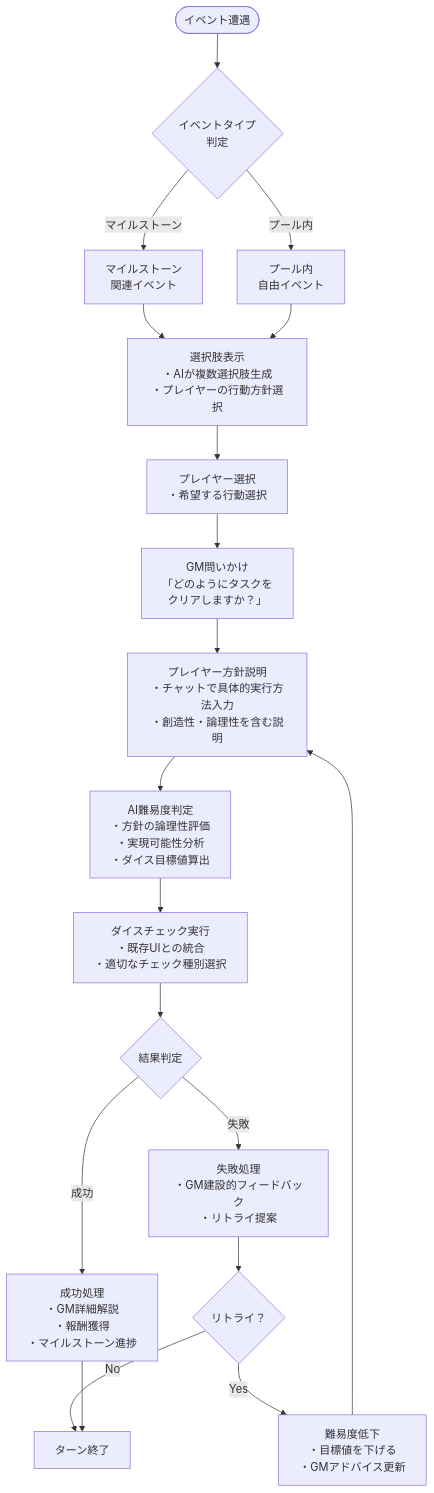
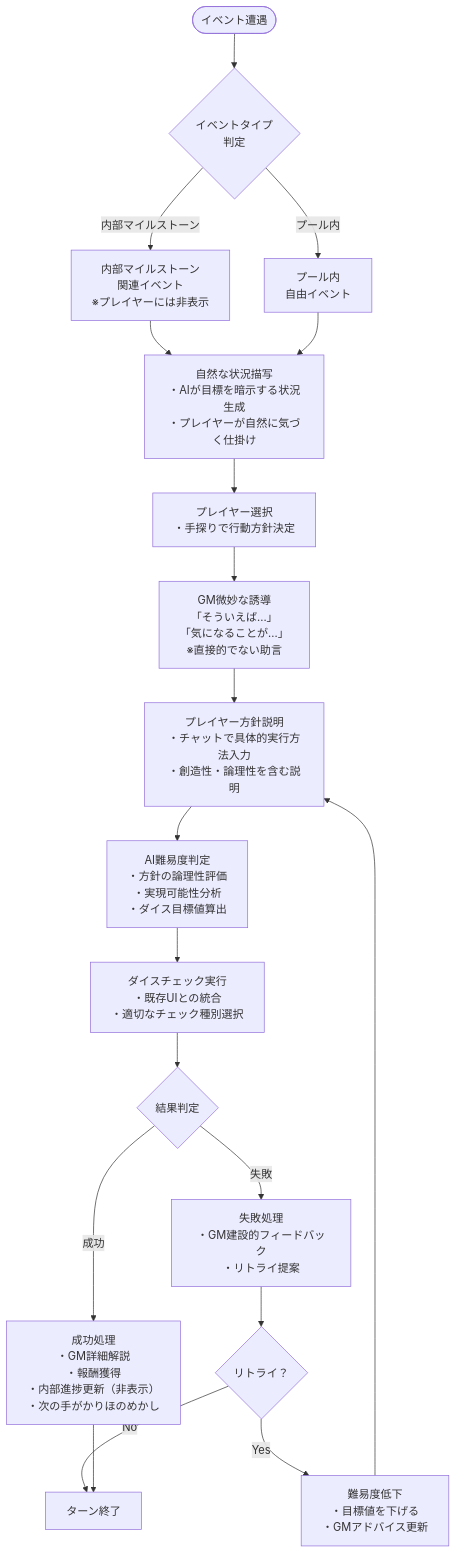
Before and after one commit to nobuyuki-ootake/AIAgentTRPGGM2: the fifth of 7 diagrams in docs/機能要件定義/TRPGセッション_フロー.md, drawn with Mermaid. The commit also changed other lines of this file and 11 other files, not shown here.

````diff
--- a/docs/機能要件定義/TRPGセッション_フロー.md
+++ b/docs/機能要件定義/TRPGセッション_フロー.md
@@ -365,32 +510,32 @@
 ```mermaid
 flowchart TD
     EventEncounter([イベント遭遇]) --> EventType{イベントタイプ<br/>判定}
     
-    EventType -->|マイルストーン| MilestoneEvent[マイルストーン<br/>関連イベント]
+    EventType -->|内部マイルストーン| HiddenMilestoneEvent[内部マイルストーン<br/>関連イベント<br/>※プレイヤーには非表示]
     EventType -->|プール内| PoolEvent[プール内<br/>自由イベント]
     
-    MilestoneEvent --> ChoicePresentation[選択肢表示<br/>・AIが複数選択肢生成<br/>・プレイヤーの行動方針選択]
-    PoolEvent --> ChoicePresentation
+    HiddenMilestoneEvent --> NaturalPresentation[自然な状況描写<br/>・AIが目標を暗示する状況生成<br/>・プレイヤーが自然に気づく仕掛け]
+    PoolEvent --> NaturalPresentation
     
-    ChoicePresentation --> PlayerChoice[プレイヤー選択<br/>・希望する行動選択]
+    NaturalPresentation --> PlayerChoice[プレイヤー選択<br/>・手探りで行動方針決定]
     
-    PlayerChoice --> GMQuestion[GM問いかけ<br/>「どのようにタスクを<br/>クリアしますか？」]
+    PlayerChoice --> GMSubtleGuide[GM微妙な誘導<br/>「そういえば...」<br/>「気になることが...」<br/>※直接的でない助言]
     
-    GMQuestion --> PlayerExplanation[プレイヤー方針説明<br/>・チャットで具体的実行方法入力<br/>・創造性・論理性を含む説明]
+    GMSubtleGuide --> PlayerExplanation[プレイヤー方針説明<br/>・チャットで具体的実行方法入力<br/>・創造性・論理性を含む説明]
     
     PlayerExplanation --> AIDifficulty[AI難易度判定<br/>・方針の論理性評価<br/>・実現可能性分析<br/>・ダイス目標値算出]
     
     AIDifficulty --> DiceCheck[ダイスチェック実行<br/>・既存UIとの統合<br/>・適切なチェック種別選択]
     
     DiceCheck --> ResultJudge{結果判定}
     
-    ResultJudge -->|成功| SuccessResult[成功処理<br/>・GM詳細解説<br/>・報酬獲得<br/>・マイルストーン進捗]
+    ResultJudge -->|成功| SuccessResult[成功処理<br/>・GM詳細解説<br/>・報酬獲得<br/>・内部進捗更新（非表示）<br/>・次の手がかりほのめかし]
     ResultJudge -->|失敗| FailureResult[失敗処理<br/>・GM建設的フィードバック<br/>・リトライ提案]
     
     FailureResult --> RetryOption{リトライ？}
     RetryOption -->|Yes| DifficultyReduce[難易度低下<br/>・目標値を下げる<br/>・GMアドバイス更新]
     RetryOption -->|No| TurnEnd[ターン終了]
     
     DifficultyReduce --> PlayerExplanation
     SuccessResult --> TurnEnd
 ```
````
